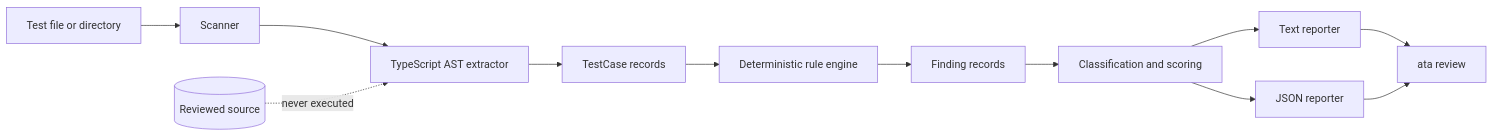
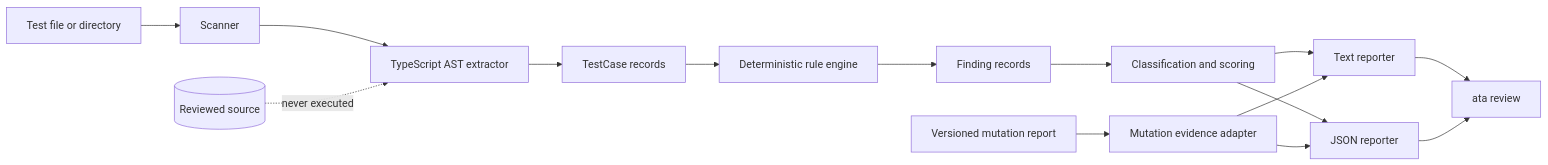
Before and after one commit to AI-Native-QA-Lab/ai-test-auditor: the diagram in docs/architecture.md, drawn with Mermaid. The commit also changed other lines of this file and 18 other files, not shown here.

Commit message:
feat: add offline mutation evidence adapter

````diff
--- a/docs/architecture.md
+++ b/docs/architecture.md
@@ -14,14 +14,17 @@
 ```mermaid
 flowchart LR
   Input[Test file or directory] --> Scanner[Scanner]
   Scanner --> Extractor[TypeScript AST extractor]
   Extractor --> Cases[TestCase records]
   Cases --> Rules[Deterministic rule engine]
   Rules --> Findings[Finding records]
   Findings --> Audit[Classification and scoring]
   Audit --> Text[Text reporter]
   Audit --> Json[JSON reporter]
+  Mutation[Versioned mutation report] --> MutationAdapter[Mutation evidence adapter]
+  MutationAdapter --> Text
+  MutationAdapter --> Json
   Text --> CLI[ata review]
   Json --> CLI
   Source[(Reviewed source)] -. never executed .-> Extractor
 ```
````
